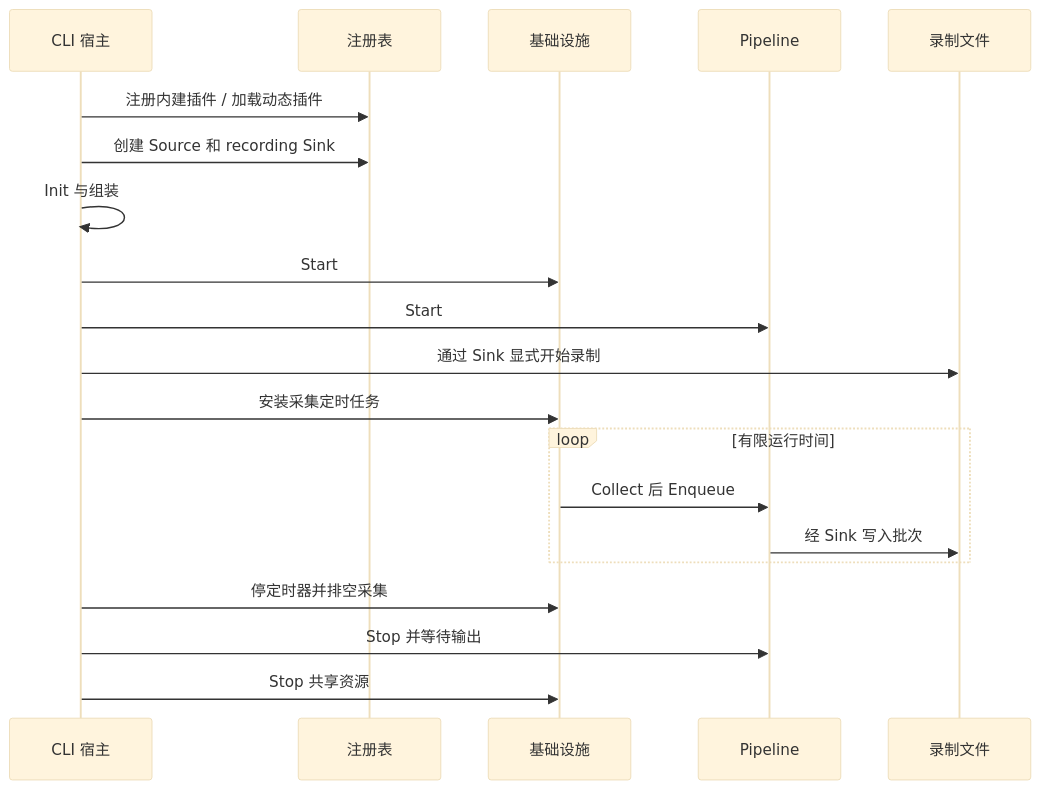
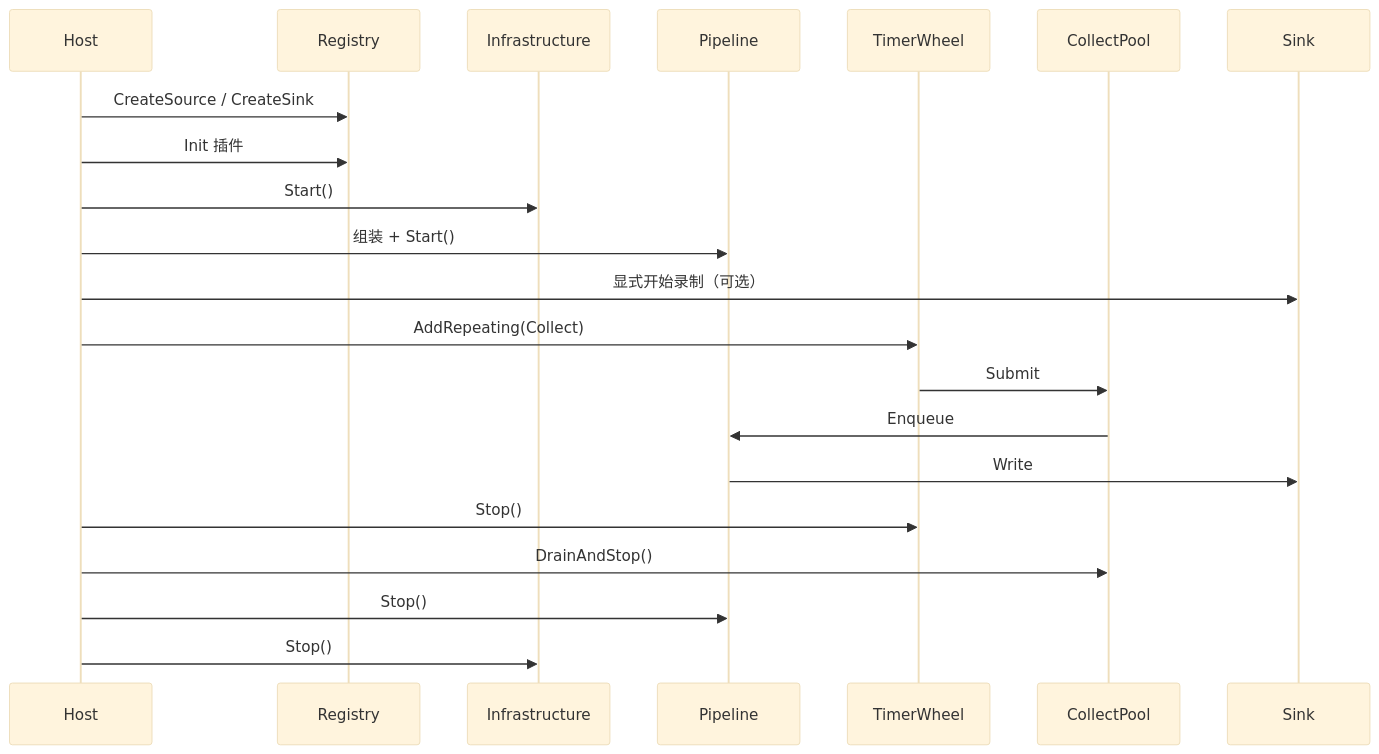
One commit to Franch-Toast/Scriptorium changed the fourth of 4 diagrams in docs/document/撰修司/illuminator性能监控平台/设计方案/01-overall-architecture.md. Above: the diagram before and after it, drawn with Mermaid (base theme). The commit also changed other lines of this file and 20 other files, not shown here.

````diff
--- a/docs/document/撰修司/illuminator性能监控平台/设计方案/01-overall-architecture.md
+++ b/docs/document/撰修司/illuminator性能监控平台/设计方案/01-overall-architecture.md
@@ -144,23 +238,25 @@
 ```mermaid
 %%{init: {"sequence":{"useMaxWidth":false}}}%%
 sequenceDiagram
-    participant H as CLI 宿主
-    participant R as 注册表
-    participant I as 基础设施
+    participant H as Host
+    participant R as Registry
+    participant I as Infrastructure
     participant P as Pipeline
-    participant F as 录制文件
-    H->>R: 注册内建插件 / 加载动态插件
-    H->>R: 创建 Source 和 recording Sink
-    H->>H: Init 与组装
-    H->>I: Start
-    H->>P: Start
-    H->>F: 通过 Sink 显式开始录制
-    H->>I: 安装采集定时任务
-    loop 有限运行时间
-        I->>P: Collect 后 Enqueue
-        P->>F: 经 Sink 写入批次
-    end
-    H->>I: 停定时器并排空采集
-    H->>P: Stop 并等待输出
-    H->>I: Stop 共享资源
+    participant TW as TimerWheel
+    participant CP as CollectPool
+    participant SK as Sink
+
+    H->>R: CreateSource / CreateSink
+    H->>R: Init 插件
+    H->>I: Start()
+    H->>P: 组装 + Start()
+    H->>SK: 显式开始录制（可选）
+    H->>TW: AddRepeating(Collect)
+    TW->>CP: Submit
+    CP->>P: Enqueue
+    P->>SK: Write
+    H->>TW: Stop()
+    H->>CP: DrainAndStop()
+    H->>P: Stop()
+    H->>I: Stop()
 ```
````
